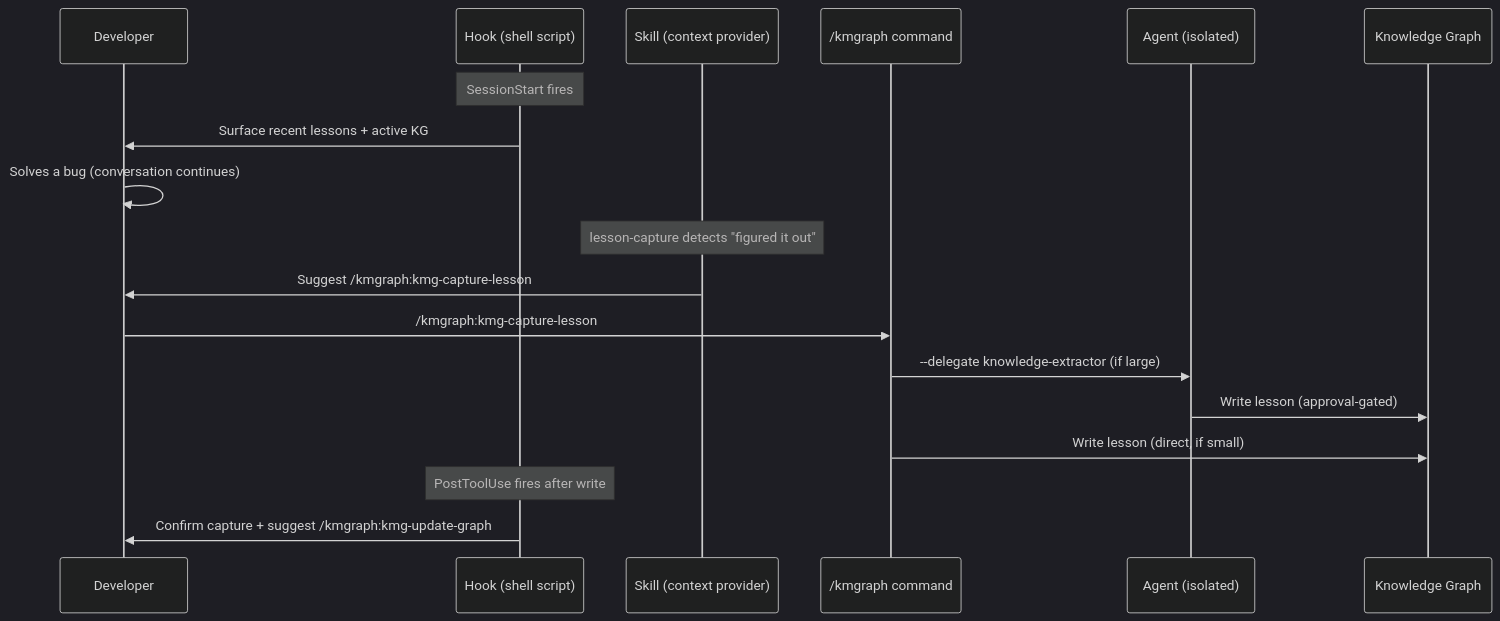
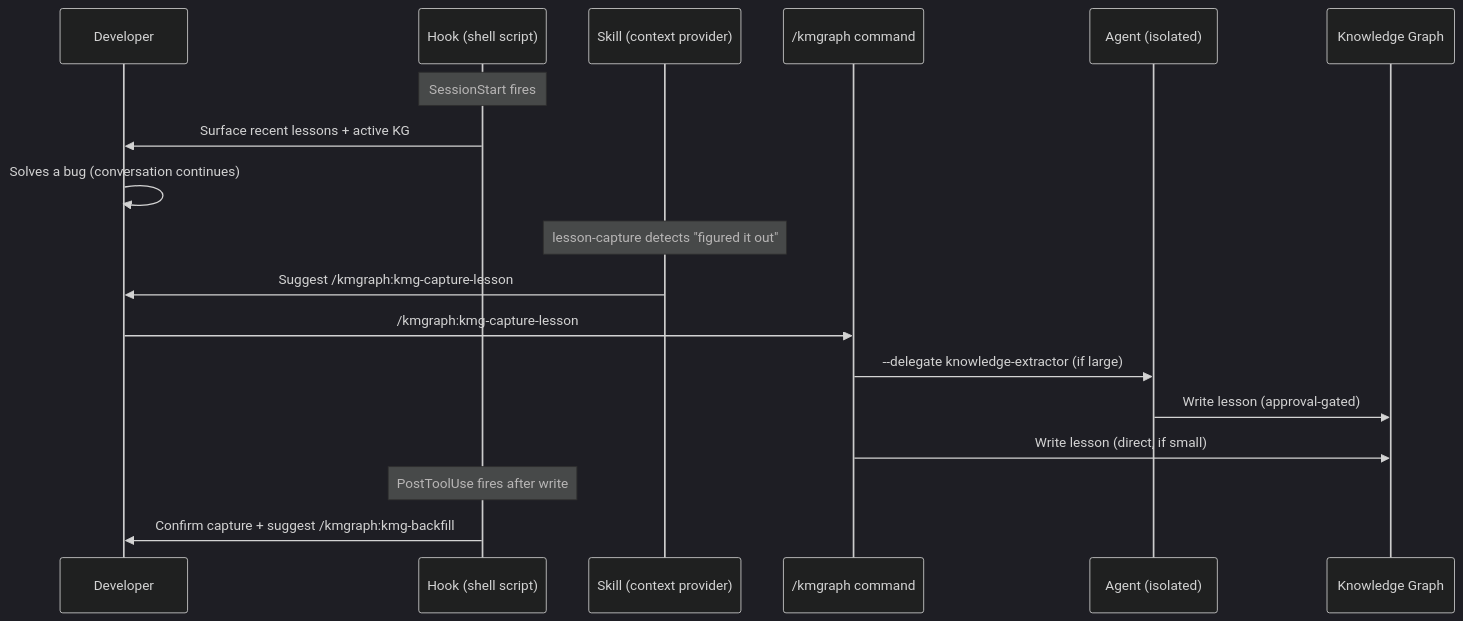
The diagram in docs/pillars/tailoring/automation-layer.md (technomensch/knowledge-graph), drawn with Mermaid (dark theme) before and after one commit. The commit also changed 36 other files, not shown here.

First line of the commit message:
docs: workflow-stage restructure (ENH-034 primary deliverable) + kmg-backfill reference sweep

````diff
--- a/docs/pillars/tailoring/automation-layer.md
+++ b/docs/pillars/tailoring/automation-layer.md
@@ -23,26 +23,26 @@
 ```mermaid
 sequenceDiagram
     participant Dev as Developer
     participant Hook as Hook (shell script)
     participant Skill as Skill (context provider)
     participant Command as /kmgraph command
     participant Agent as Agent (isolated)
     participant KG as Knowledge Graph
 
     Note over Hook: SessionStart fires
     Hook->>Dev: Surface recent lessons + active KG
 
     Dev->>Dev: Solves a bug (conversation continues)
 
     Note over Skill: lesson-capture detects "figured it out"
     Skill->>Dev: Suggest /kmgraph:kmg-capture-lesson
 
     Dev->>Command: /kmgraph:kmg-capture-lesson
     Command->>Agent: --delegate knowledge-extractor (if large)
     Agent->>KG: Write lesson (approval-gated)
     Command->>KG: Write lesson (direct, if small)
 
     Note over Hook: PostToolUse fires after write
-    Hook->>Dev: Confirm capture + suggest /kmgraph:kmg-update-graph
+    Hook->>Dev: Confirm capture + suggest /kmgraph:kmg-backfill
 
 ```
````
